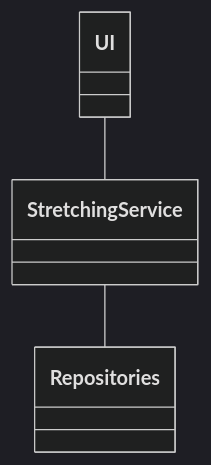
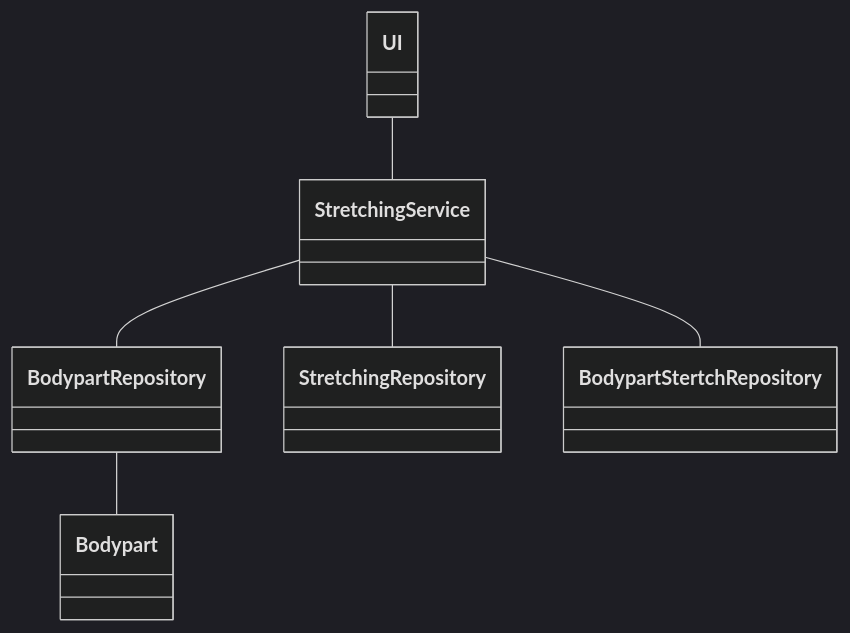
One commit to susannakinnunen/ot-harjoitus changed the first of 2 diagrams in dokumentaatio/arkkitehtuuri.md. Above: the diagram before and after it, drawn with Mermaid (dark theme). The commit also changed other lines of this file, not shown here.

````diff
--- a/dokumentaatio/arkkitehtuuri.md
+++ b/dokumentaatio/arkkitehtuuri.md
@@ -3,5 +15,9 @@
 ```mermaid
 classDiagram
   UI -- StretchingService
-  StretchingService -- Repositories
+  StretchingService -- BodypartRepository
+  StretchingService -- StretchingRepository
+  StretchingService -- BodypartStertchRepository
+  BodypartRepository -- Bodypart
+  
 ```
````
